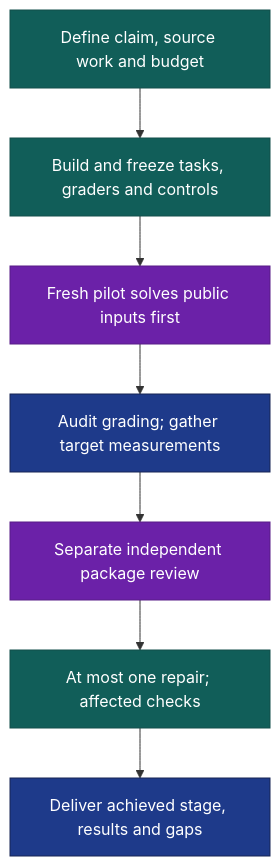
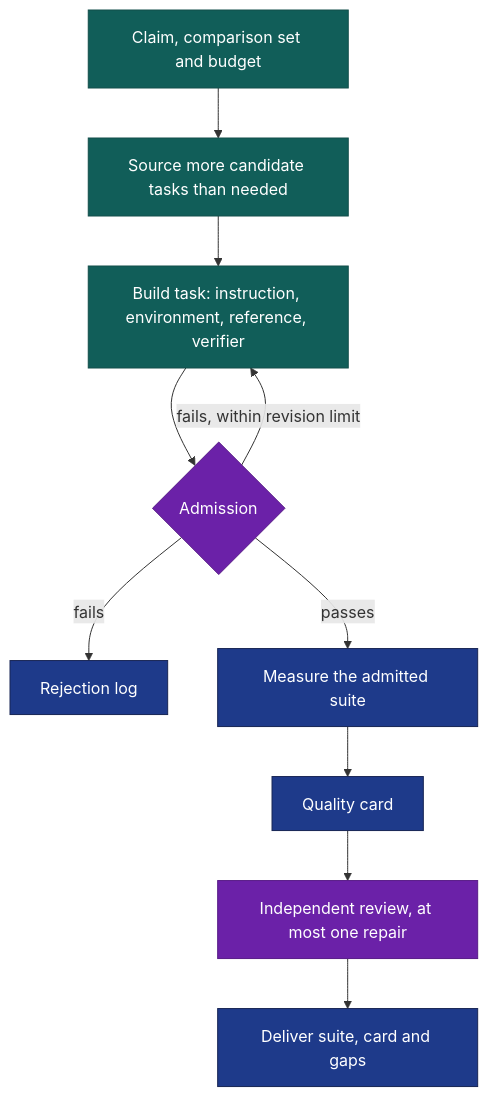
One commit to DanMcInerney/orchflows changed the diagram in example-workflows/benchmaker/README.md. Above: the diagram before and after it, drawn with Mermaid. The commit also changed other lines of this file and 43 other files, not shown here.

````diff
--- a/example-workflows/benchmaker/README.md
+++ b/example-workflows/benchmaker/README.md
@@ -19,15 +21,18 @@
 ```mermaid
 flowchart TD
-    A["Define claim, source work and budget"] --> B["Build and freeze tasks, graders and controls"]
-    B --> C["Fresh pilot solves public inputs first"]
-    C --> D["Audit grading; gather target measurements"]
-    D --> E["Separate independent package review"]
-    E --> F["At most one repair; affected checks"]
-    F --> G["Deliver achieved stage, results and gaps"]
+    A["Claim, comparison set and budget"] --> B["Source more candidate tasks than needed"]
+    B --> C["Build task: instruction, environment, reference, verifier"]
+    C --> D{"Admission"}
+    D -->|"fails, within revision limit"| C
+    D -->|"fails"| X["Rejection log"]
+    D -->|"passes"| E["Measure the admitted suite"]
+    E --> F["Quality card"]
+    F --> G["Independent review, at most one repair"]
+    G --> H["Deliver suite, card and gaps"]
     classDef work fill:#115e59,stroke:#134e4a,color:#ffffff;
     classDef evidence fill:#1e3a8a,stroke:#172554,color:#ffffff;
     classDef review fill:#6b21a8,stroke:#581c87,color:#ffffff;
-    class A,B,F work;
-    class C,E review;
-    class D,G evidence;
+    class A,B,C work;
+    class D,G review;
+    class E,F,H,X evidence;
 ```
````
